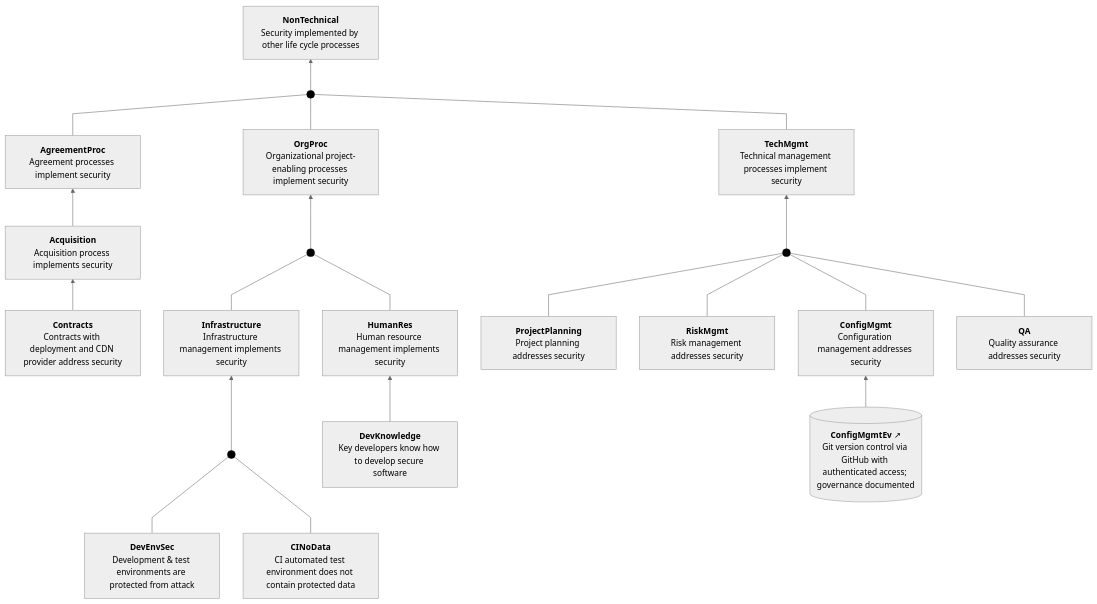
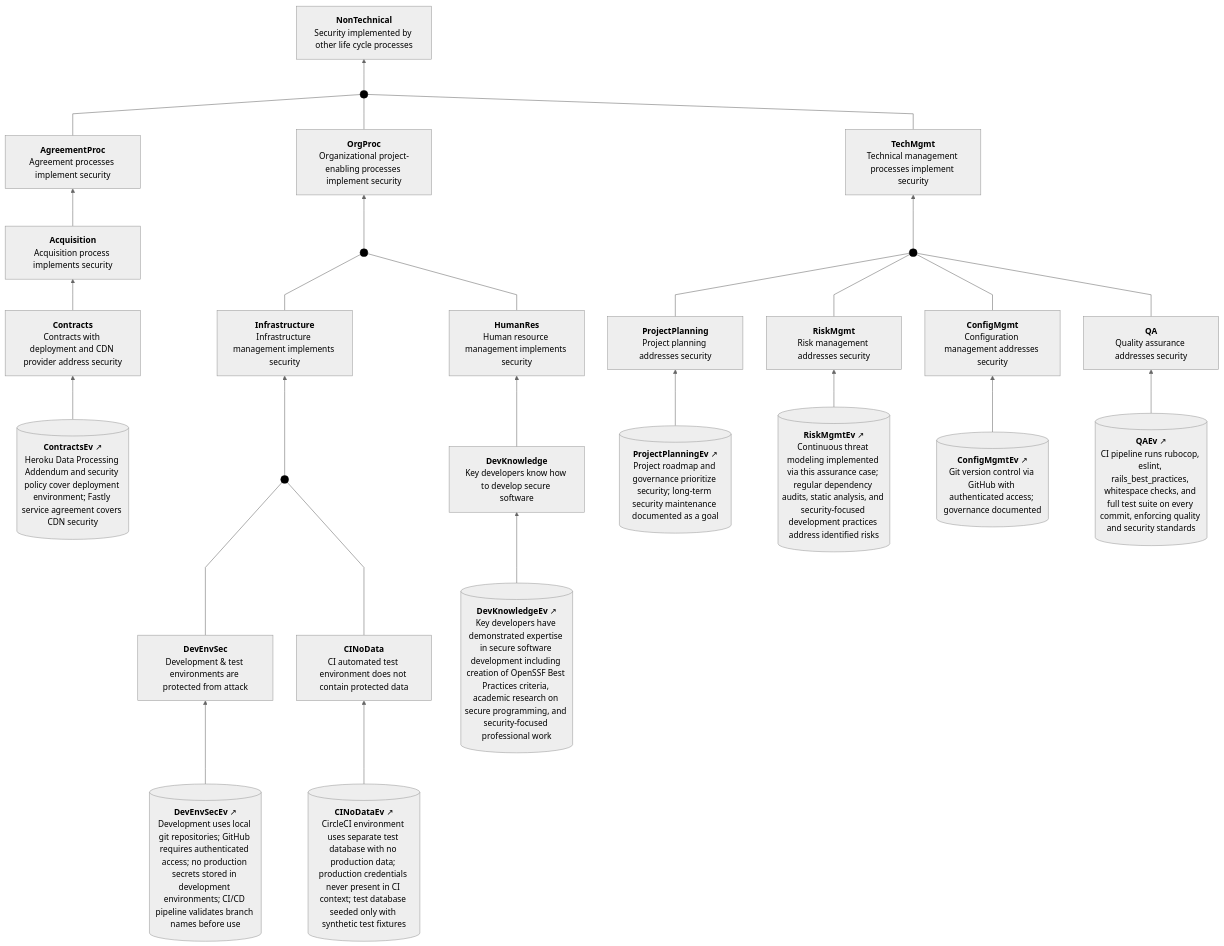
The eighth of 9 diagrams in docs/case.md (coreinfrastructure/best-practices-badge), drawn with Mermaid before and after one commit. The commit also changed other lines of this file and 1 other file, not shown here.

First line of the commit message:
Second stage attempt at verocase docs/case.*

````diff
--- a/docs/case.md
+++ b/docs/case.md
@@ -605,59 +754,80 @@
 ```mermaid
 ---
 config:
   theme: neutral
   flowchart:
     curve: linear
     htmlLabels: true
     rankSpacing: 60
     nodeSpacing: 45
     padding: 15
 ---
 flowchart BT
     classDef invisible opacity:0
     classDef sacmDot fill:#000,stroke:#000
     classDef connector fill:none,stroke:#cccccc,stroke-width:1px;
     classDef abstractClaim stroke-width:2px,stroke-dasharray: 5 5;
     NonTechnical["<b>NonTechnical</b><br>Security implemented by other life cycle processes"]
     AgreementProc["<b>AgreementProc</b><br>Agreement processes implement security"]
     OrgProc["<b>OrgProc</b><br>Organizational project-enabling processes implement security"]
     TechMgmt["<b>TechMgmt</b><br>Technical management processes implement security"]
     Acquisition["<b>Acquisition</b><br>Acquisition process implements security"]
     Infrastructure["<b>Infrastructure</b><br>Infrastructure management implements security"]
     HumanRes["<b>HumanRes</b><br>Human resource management implements security"]
     ProjectPlanning["<b>ProjectPlanning</b><br>Project planning addresses security"]
     RiskMgmt["<b>RiskMgmt</b><br>Risk management addresses security"]
     ConfigMgmt["<b>ConfigMgmt</b><br>Configuration management addresses security"]
     QA["<b>QA</b><br>Quality assurance addresses security"]
     Contracts["<b>Contracts</b><br>Contracts with deployment and CDN provider address security"]
     DevEnvSec["<b>DevEnvSec</b><br>Development &amp; test environments are protected from attack"]
     CINoData["<b>CINoData</b><br>CI automated test environment does not contain protected data"]
     DevKnowledge["<b>DevKnowledge</b><br>Key developers know how to develop secure software"]
+    ProjectPlanningEv[("<b>ProjectPlanningEv</b>&nbsp;↗<br>Project roadmap and governance prioritize security; long-term security maintenance documented as a goal")]
+    RiskMgmtEv[("<b>RiskMgmtEv</b>&nbsp;↗<br>Continuous threat modeling implemented via this assurance case; regular dependency audits, static analysis, and security-focused development practices address identified risks")]
     ConfigMgmtEv[("<b>ConfigMgmtEv</b>&nbsp;↗<br>Git version control via GitHub with authenticated access; governance documented")]
+    QAEv[("<b>QAEv</b>&nbsp;↗<br>CI pipeline runs rubocop, eslint, rails_best_practices, whitespace checks, and full test suite on every commit, enforcing quality and security standards")]
+    ContractsEv[("<b>ContractsEv</b>&nbsp;↗<br>Heroku Data Processing Addendum and security policy cover deployment environment; Fastly service agreement covers CDN security")]
+    DevEnvSecEv[("<b>DevEnvSecEv</b>&nbsp;↗<br>Development uses local git repositories; GitHub requires authenticated access; no production secrets stored in development environments; CI/CD pipeline validates branch names before use")]
+    CINoDataEv[("<b>CINoDataEv</b>&nbsp;↗<br>CircleCI environment uses separate test database with no production data; production credentials never present in CI context; test database seeded only with synthetic test fixtures")]
+    DevKnowledgeEv[("<b>DevKnowledgeEv</b>&nbsp;↗<br>Key developers have demonstrated expertise in secure software development including creation of OpenSSF Best Practices criteria, academic research on secure programming, and security-focused professional work")]
     Dot1((" ")):::sacmDot
     Dot2((" ")):::sacmDot
     Dot3((" ")):::sacmDot
     Dot4((" ")):::sacmDot
+    click ProjectPlanningEv "../governance.md"
+    click RiskMgmtEv "../docs/case.md"
     click ConfigMgmtEv "../governance.md"
+    click QAEv "../.circleci/config.yml"
+    click ContractsEv "https://www.heroku.com/policy/security"
+    click DevEnvSecEv "../CONTRIBUTING.md"
+    click CINoDataEv "../.circleci/config.yml"
+    click DevKnowledgeEv "../docs/background.md"
 
-    BottomPadding[ ]:::invisible ~~~ Contracts
+    BottomPadding[ ]:::invisible ~~~ ContractsEv
+    ContractsEv --> Contracts
     Contracts --> Acquisition
     Acquisition --> AgreementProc
+    DevEnvSecEv --> DevEnvSec
+    CINoDataEv --> CINoData
     DevEnvSec --- Dot1
     CINoData --- Dot1
     Dot1 --> Infrastructure
+    DevKnowledgeEv --> DevKnowledge
     DevKnowledge --> HumanRes
     Infrastructure --- Dot2
     HumanRes --- Dot2
     Dot2 --> OrgProc
+    ProjectPlanningEv --> ProjectPlanning
+    RiskMgmtEv --> RiskMgmt
     ConfigMgmtEv --> ConfigMgmt
+    QAEv --> QA
     ProjectPlanning --- Dot3
     RiskMgmt --- Dot3
     ConfigMgmt --- Dot3
     QA --- Dot3
     Dot3 --> TechMgmt
     AgreementProc --- Dot4
     OrgProc --- Dot4
     TechMgmt --- Dot4
     Dot4 --> NonTechnical
 ```
````
